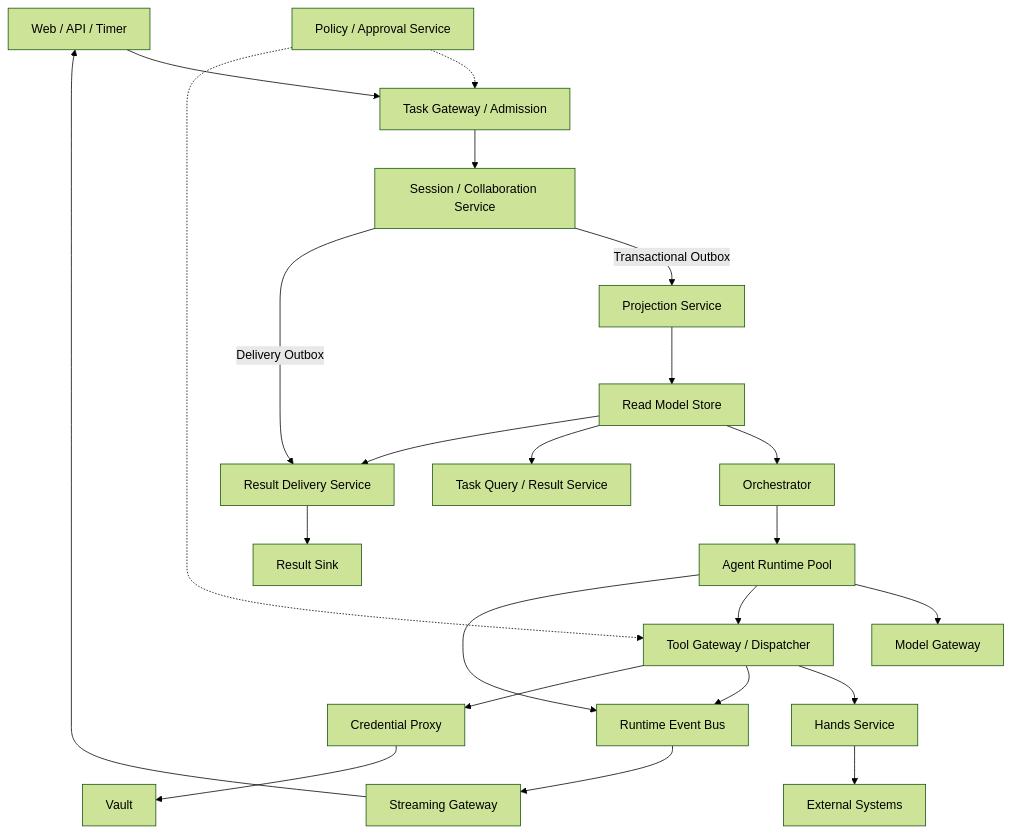
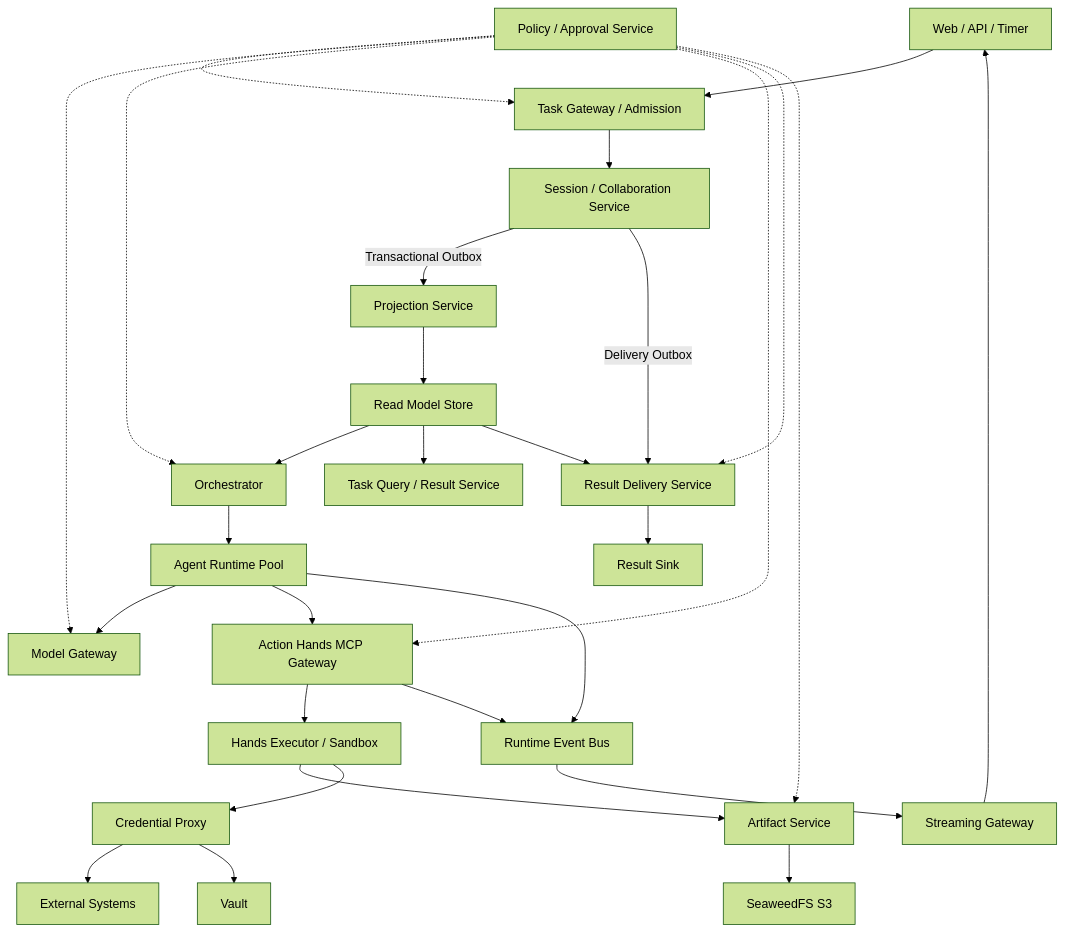
The diagram in docs/Managed Agent 系统架构/00 Managed Agent 系统架构总览.md (sushaofei/AuraClaw), drawn with Mermaid (forest theme) before and after one commit. The commit also changed other lines of this file and 3 other files, not shown here.

````diff
--- a/docs/Managed Agent 系统架构/00 Managed Agent 系统架构总览.md
+++ b/docs/Managed Agent 系统架构/00 Managed Agent 系统架构总览.md
@@ -18,25 +18,31 @@
 ```mermaid
 flowchart TD
     Client[Web / API / Timer] --> TG[Task Gateway / Admission]
     TG --> SS[Session / Collaboration Service]
     SS -->|Transactional Outbox| PS[Projection Service]
     PS --> RM[Read Model Store]
     RM --> OR[Orchestrator]
     OR --> AR[Agent Runtime Pool]
     AR --> MG[Model Gateway]
-    AR --> TOOL[Tool Gateway / Dispatcher]
-    TOOL --> HANDS[Hands Service]
-    HANDS --> EXT[External Systems]
+    AR --> TOOL[Action Hands MCP Gateway]
+    TOOL --> HANDS[Hands Executor / Sandbox]
+    HANDS --> ART[Artifact Service]
+    ART --> SW[SeaweedFS S3]
+    HANDS --> CP[Credential Proxy]
+    CP --> EXT[External Systems]
     AR --> EB[Runtime Event Bus]
     TOOL --> EB
     EB --> SG[Streaming Gateway]
     SG --> Client
     RM --> QUERY[Task Query / Result Service]
     SS -->|Delivery Outbox| RD[Result Delivery Service]
     RM --> RD
     RD --> SINK[Result Sink]
     POLICY[Policy / Approval Service] -.-> TG
+    POLICY -.-> MG
+    POLICY -.-> OR
     POLICY -.-> TOOL
-    TOOL --> CP[Credential Proxy]
+    POLICY -.-> RD
+    POLICY -.-> ART
     CP --> VAULT[Vault]
 ```
````
